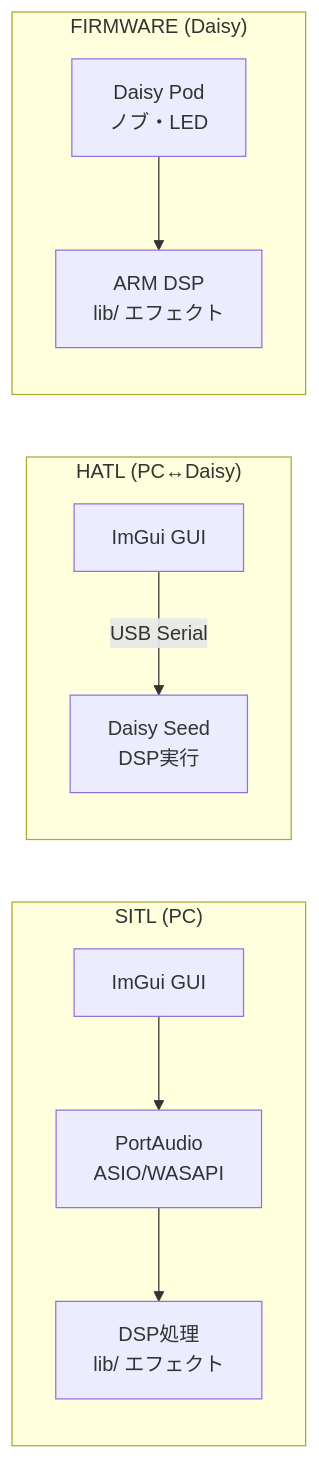
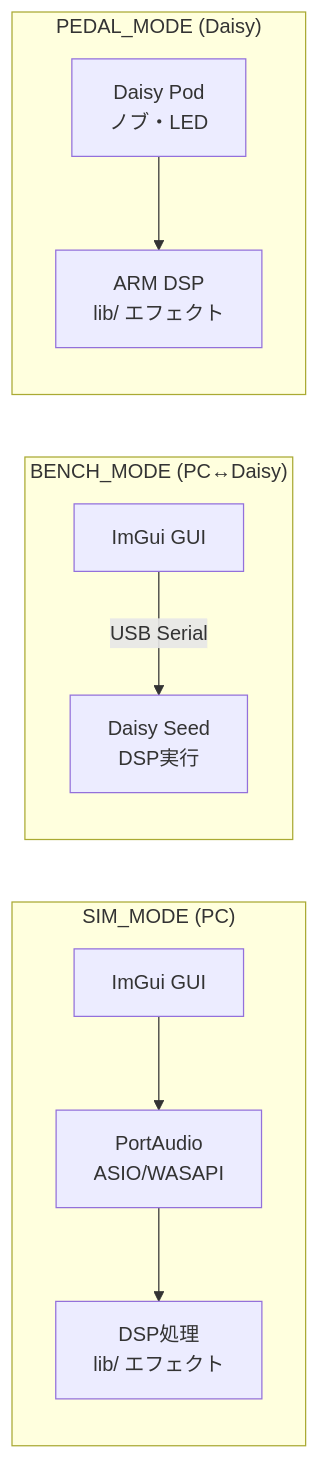
Before and after one commit to hiroyuki-s1/daisy_sim: the second of 7 diagrams in README.md, drawn with Mermaid. The commit also changed other lines of this file and 241 other files, not shown here.

First line of the commit message:
Rename build modes: SITL→SIM_MODE, HATL→BENCH_MODE, FIRMWARE→PEDAL_MODE

````diff
--- a/README.md
+++ b/README.md
@@ -33,18 +33,18 @@
 ```mermaid
 flowchart LR
-    subgraph SITL["SITL (PC)"]
+    subgraph SIM["SIM_MODE (PC)"]
         direction TB
         S1[ImGui GUI] --> S2[PortAudio<br/>ASIO/WASAPI]
         S2 --> S3[DSP処理<br/>lib/ エフェクト]
     end
 
-    subgraph HATL["HATL (PC↔Daisy)"]
+    subgraph BENCH["BENCH_MODE (PC↔Daisy)"]
         direction TB
         H1[ImGui GUI] -->|USB Serial| H2[Daisy Seed<br/>DSP実行]
     end
 
-    subgraph FW["FIRMWARE (Daisy)"]
+    subgraph FW["PEDAL_MODE (Daisy)"]
         direction TB
         F1[Daisy Pod<br/>ノブ・LED] --> F2[ARM DSP<br/>lib/ エフェクト]
     end
 ```
````
